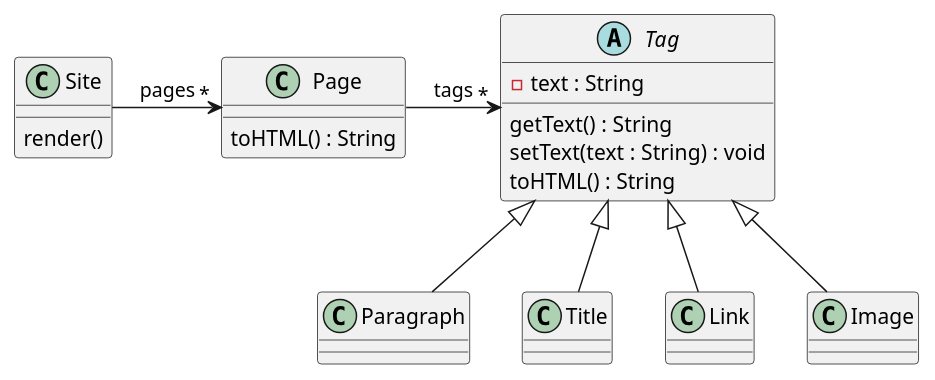
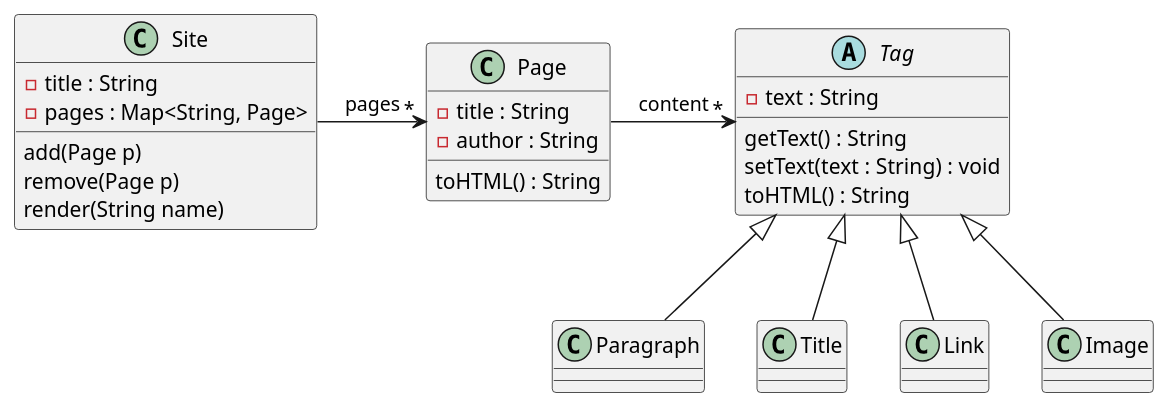
One commit to florentBourgeois/ENSISA2022_CMS changed the diagram in Documentation/CMS_UML.puml. Above: the diagram before and after it, drawn with PlantUML. The commit also changed 3 other files, not shown here.

Commit message:
add Site and pages

```diff
--- a/Documentation/CMS_UML.puml
+++ b/Documentation/CMS_UML.puml
@@ -1,24 +1,33 @@
 @startuml
 'https://plantuml.com/class-diagram
 
 class Page {
+    -title : String
+    -author : String
     toHTML() : String
 }
 
 abstract class Tag {
     - text : String
     getText() : String
     setText(text : String) : void
     toHTML() : String
 }
 
 Tag <|-- Paragraph
 Tag <|-- Title
 Tag <|-- Link
 Tag <|-- Image
 
-Page -> "*" Tag : tags
+Page -> "*" Tag : content
 Site -> "*" Page : pages
-Site : render()
+
+class Site {
+    -title : String
+    -pages : Map<String, Page>
+    add(Page p)
+    remove(Page p)
+    render(String name)
+}
 
 @enduml
```
